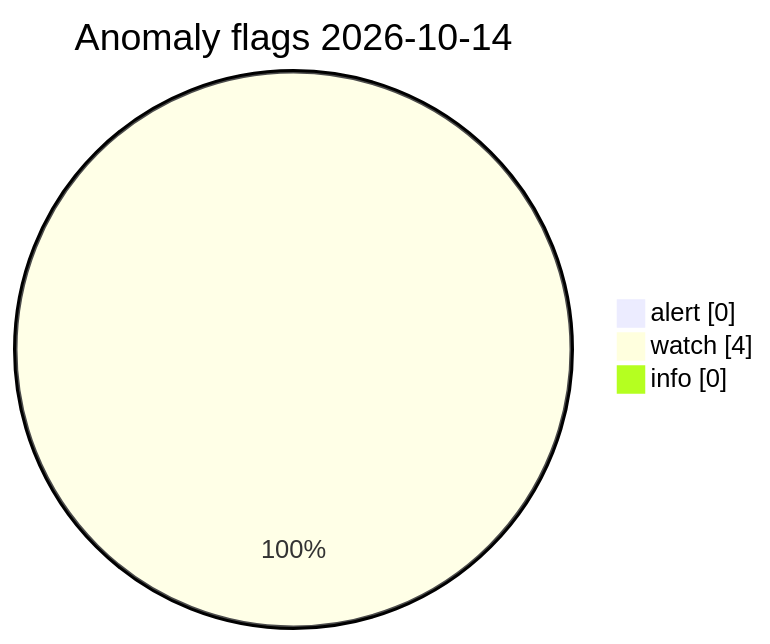
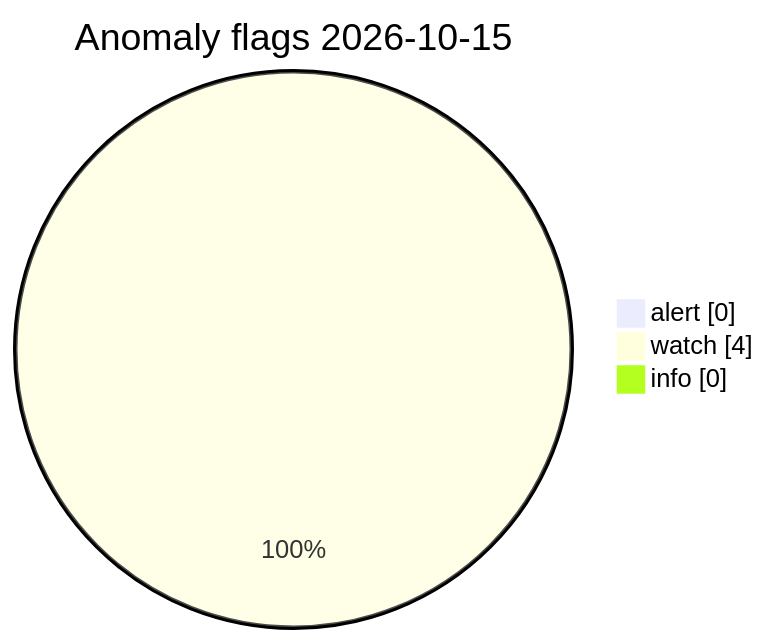
One commit to Midwest-Stratospheric/Unified-Open-Global-Weather changed the diagram in visuals/latest/CHARTS.md. Above: the diagram before and after it, drawn with Mermaid. The commit also changed other lines of this file and 23 other files, not shown here.

Commit message:
data(visuals): automated charts 2026-10-15T09:33Z

````diff
--- a/visuals/latest/CHARTS.md
+++ b/visuals/latest/CHARTS.md
@@ -73,7 +73,7 @@
 ```mermaid
 pie showData
-  title Anomaly flags 2026-10-14
+  title Anomaly flags 2026-10-15
   "alert" : 0
   "watch" : 4
   "info" : 0
 ```
````
